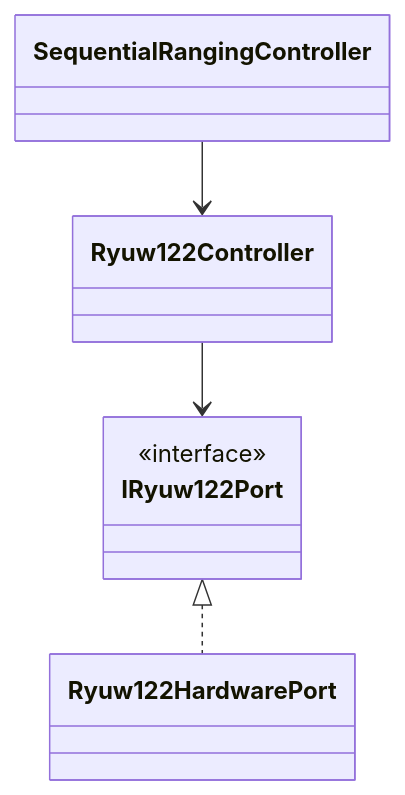
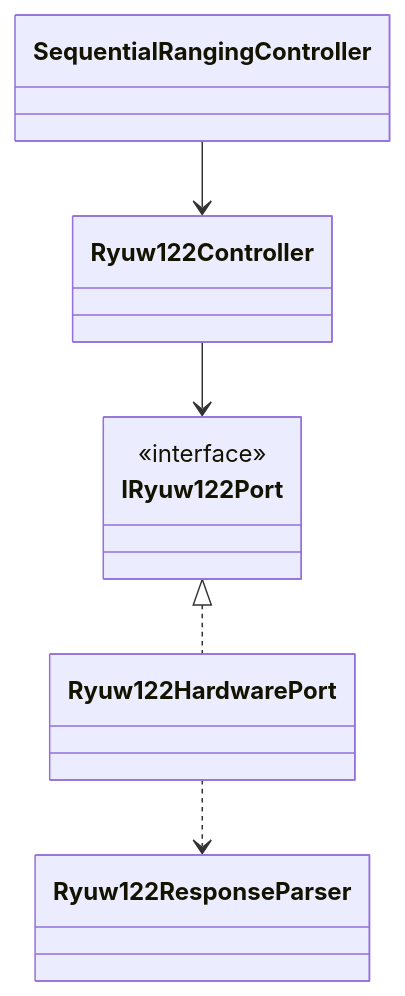
Before and after one commit to ssaattww/RYUW122_M5StickS3: the fourth of 4 diagrams in docs/current-class-architecture.md, drawn with Mermaid. The commit also changed other lines of this file and 38 other files, not shown here.

````diff
--- a/docs/current-class-architecture.md
+++ b/docs/current-class-architecture.md
@@ -204,13 +210,15 @@
 ```mermaid
 classDiagram
     class IRyuw122Port {
         <<interface>>
     }
     class Ryuw122HardwarePort
+    class Ryuw122ResponseParser
     class Ryuw122Controller
     class SequentialRangingController
 
     IRyuw122Port <|.. Ryuw122HardwarePort
+    Ryuw122HardwarePort ..> Ryuw122ResponseParser
     Ryuw122Controller --> IRyuw122Port
     SequentialRangingController --> Ryuw122Controller
 ```
````
